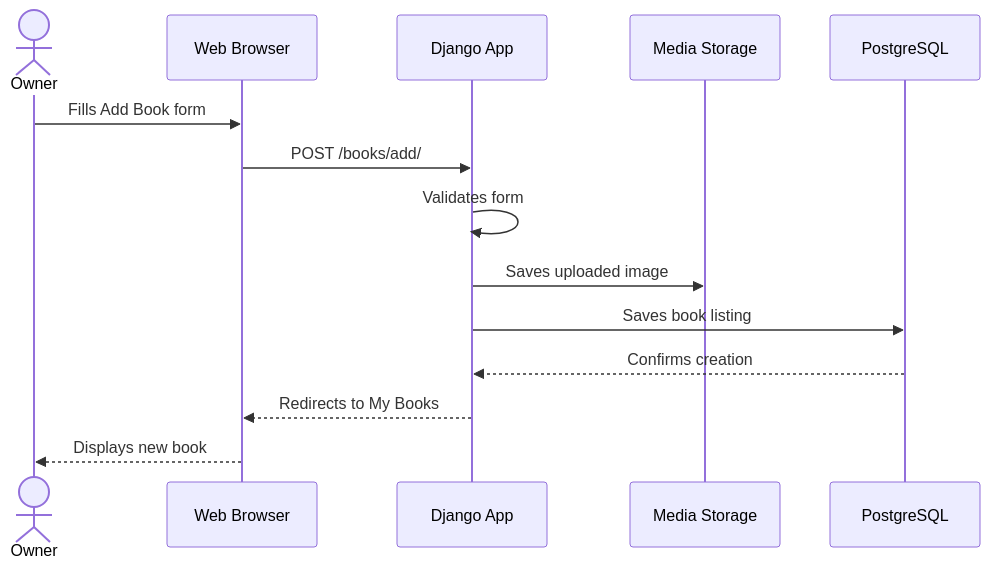
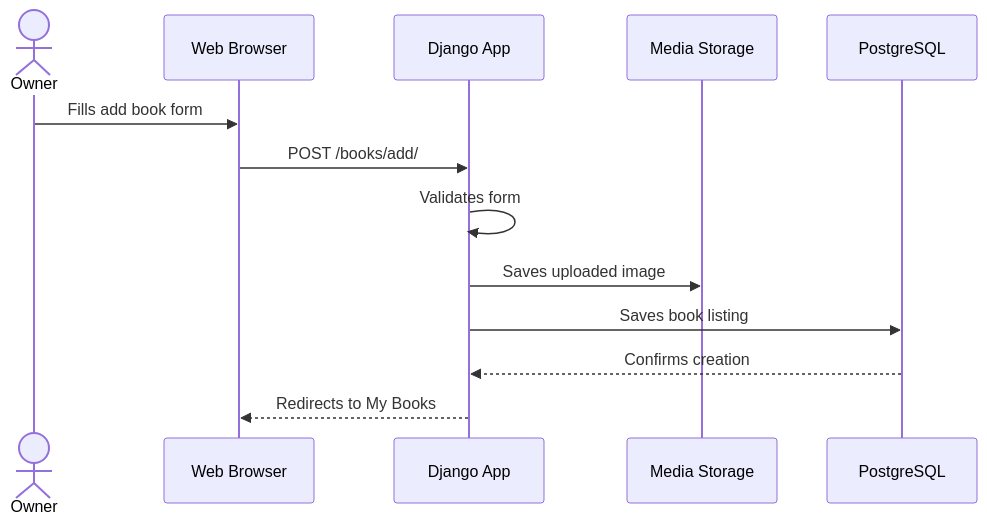
The fifth of 9 diagrams in README.md (Handroc/Livract-project), drawn with Mermaid before and after one commit. The commit also changed other lines of this file, not shown here.

````diff
--- a/README.md
+++ b/README.md
@@ -525,17 +357,15 @@
 ```mermaid
 sequenceDiagram
     actor Owner
     participant Browser as Web Browser
     participant Django as Django App
     participant Storage as Media Storage
     participant DB as PostgreSQL
-
-    Owner->>Browser: Fills Add Book form
+    Owner->>Browser: Fills add book form
     Browser->>Django: POST /books/add/
     Django->>Django: Validates form
     Django->>Storage: Saves uploaded image
     Django->>DB: Saves book listing
     DB-->>Django: Confirms creation
     Django-->>Browser: Redirects to My Books
-    Browser-->>Owner: Displays new book
 ```
````
